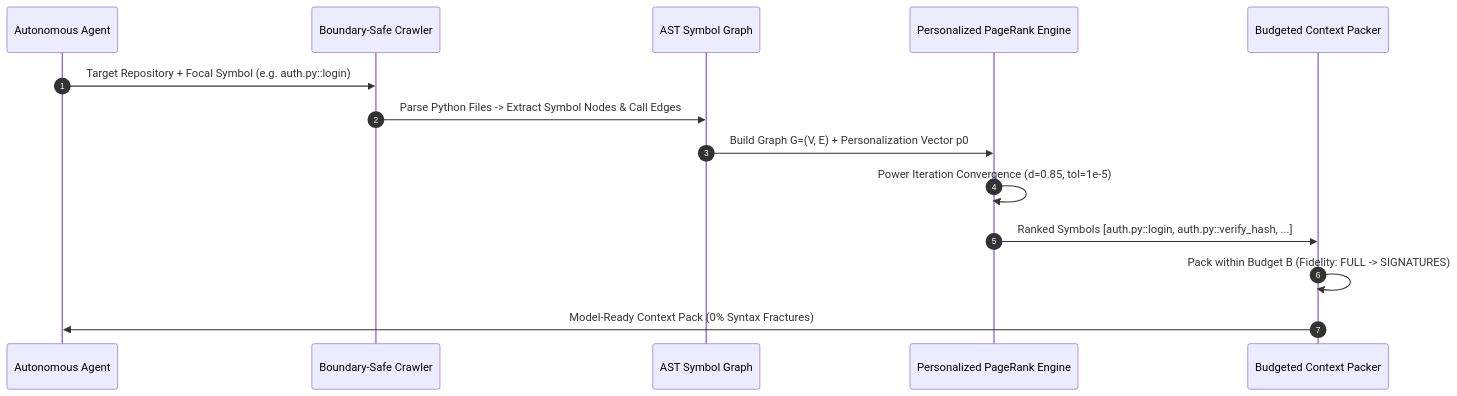
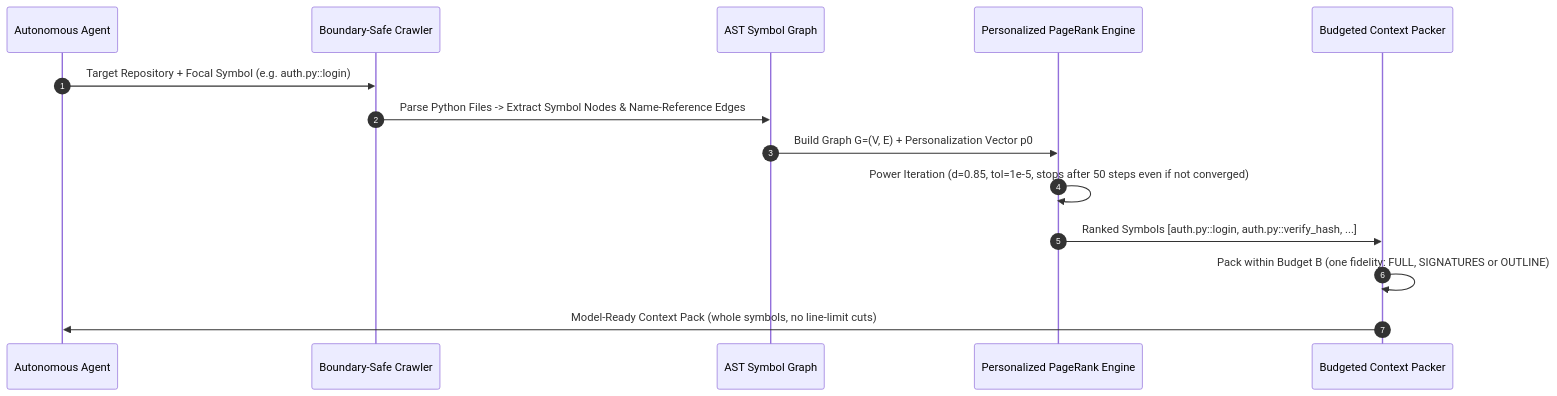
The diagram in patterns/ast-graph-relevance-ranking-and-context-packing.md (dan-petty/vibes), drawn with Mermaid before and after one commit. The commit also changed other lines of this file and 248 other files, not shown here.

````diff
--- a/patterns/ast-graph-relevance-ranking-and-context-packing.md
+++ b/patterns/ast-graph-relevance-ranking-and-context-packing.md
@@ -25,17 +25,17 @@
 ```mermaid
 sequenceDiagram
     autonumber
     participant Agent as Autonomous Agent
     participant Crawler as Boundary-Safe Crawler
     participant AST as AST Symbol Graph
     participant PPR as Personalized PageRank Engine
     participant Packer as Budgeted Context Packer
 
     Agent->>Crawler: Target Repository + Focal Symbol (e.g. auth.py::login)
-    Crawler->>AST: Parse Python Files -> Extract Symbol Nodes & Call Edges
+    Crawler->>AST: Parse Python Files -> Extract Symbol Nodes & Name-Reference Edges
     AST->>PPR: Build Graph G=(V, E) + Personalization Vector p0
-    PPR->>PPR: Power Iteration Convergence (d=0.85, tol=1e-5)
+    PPR->>PPR: Power Iteration (d=0.85, tol=1e-5, stops after 50 steps even if not converged)
     PPR->>Packer: Ranked Symbols [auth.py::login, auth.py::verify_hash, ...]
-    Packer->>Packer: Pack within Budget B (Fidelity: FULL -> SIGNATURES)
-    Packer->>Agent: Model-Ready Context Pack (0% Syntax Fractures)
+    Packer->>Packer: Pack within Budget B (one fidelity: FULL, SIGNATURES or OUTLINE)
+    Packer->>Agent: Model-Ready Context Pack (whole symbols, no line-limit cuts)
 ```
````
